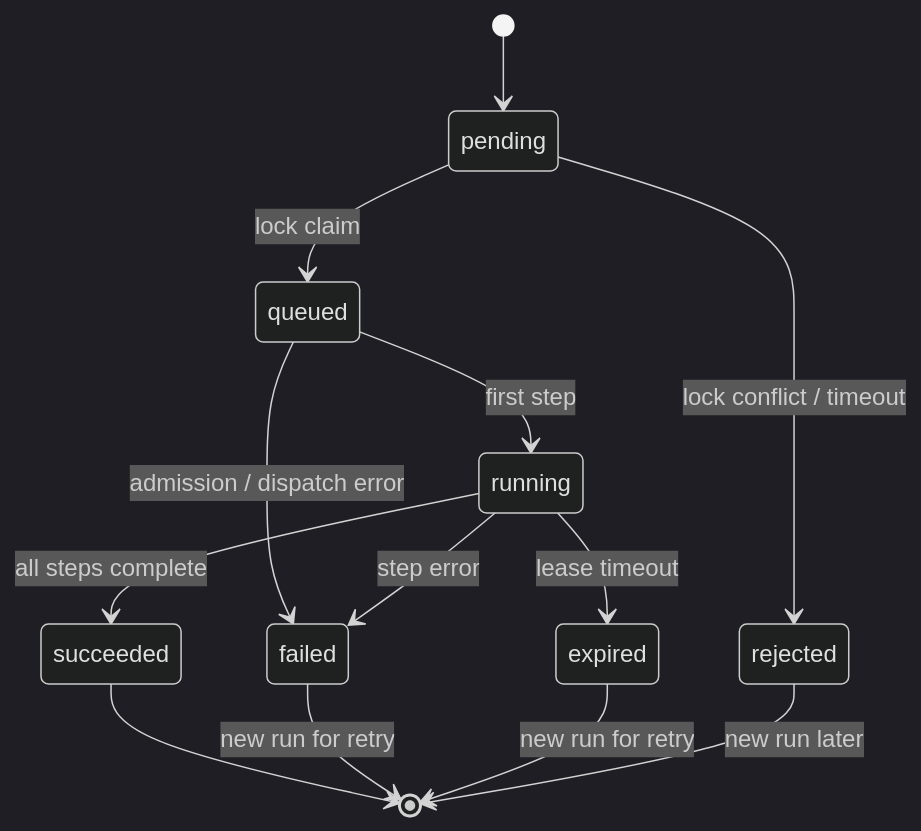
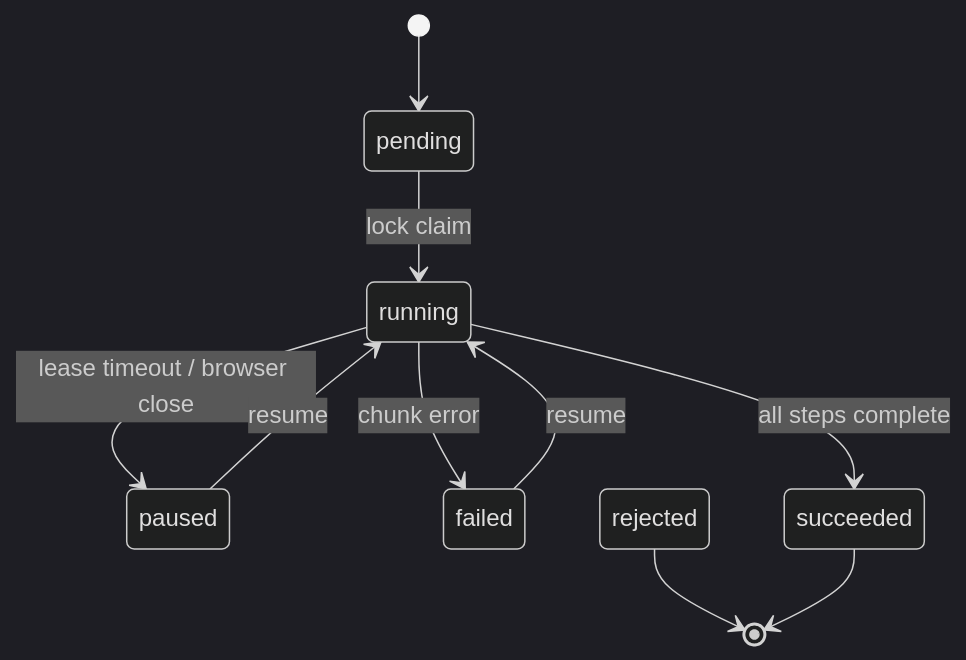
One commit to yushi265/orbit changed the second of 2 diagrams in docs/requirements/04-architecture.md. Above: the diagram before and after it, drawn with Mermaid (dark theme). The commit also changed other lines of this file and 15 other files, not shown here.

````diff
--- a/docs/requirements/04-architecture.md
+++ b/docs/requirements/04-architecture.md
@@ -271,15 +264,12 @@
 ```mermaid
 stateDiagram-v2
   [*] --> pending
-  pending --> queued: lock claim
-  pending --> rejected: lock conflict / timeout
-  queued --> running: first step
+  pending --> running: lock claim
+  running --> paused: lease timeout / browser close
+  running --> failed: chunk error
   running --> succeeded: all steps complete
-  queued --> failed: admission / dispatch error
-  running --> failed: step error
-  running --> expired: lease timeout
+  paused --> running: resume
+  failed --> running: resume
+  rejected --> [*]
   succeeded --> [*]
-  failed --> [*]: new run for retry
-  expired --> [*]: new run for retry
-  rejected --> [*]: new run later
 ```
````
